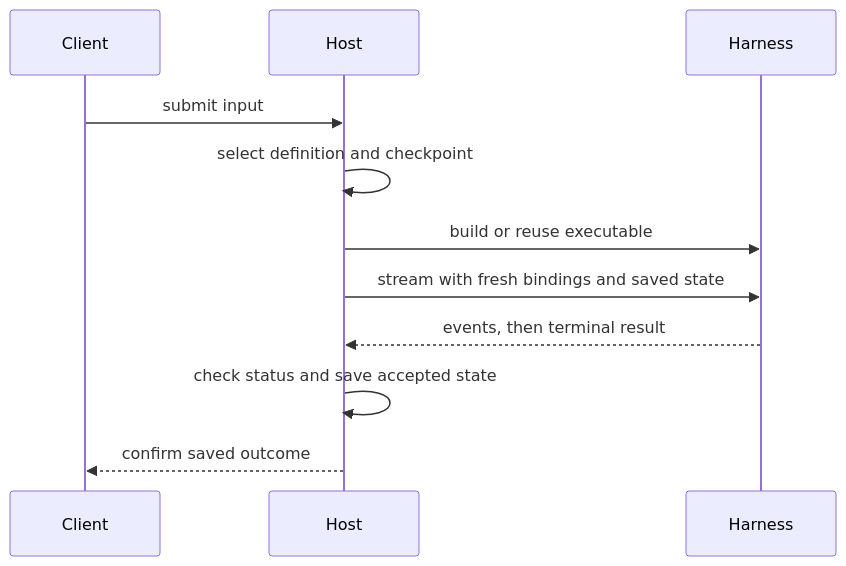
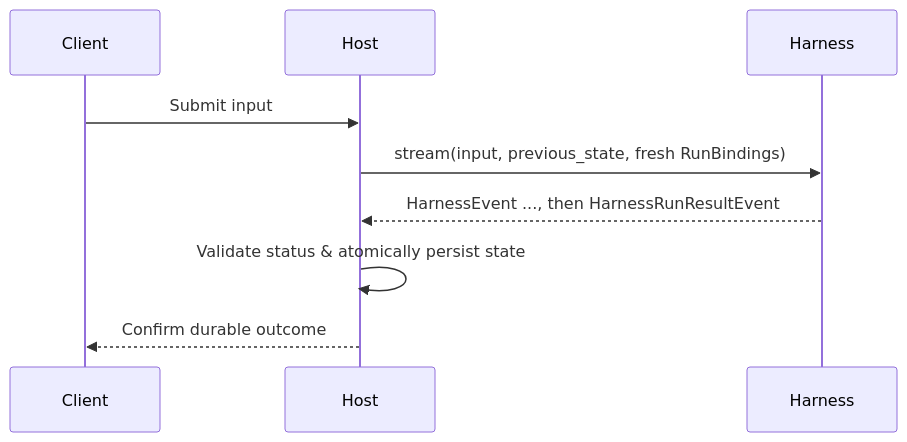
The diagram in docs/a13n-harness/hosting.md (converge-ai-labs/agent-foundation), drawn with Mermaid before and after one commit. The commit also changed other lines of this file and 105 other files, not shown here.

Commit message:
docs(guides): restructure bilingual guides around user workflows and verify schemas

````diff
--- a/docs/a13n-harness/hosting.md
+++ b/docs/a13n-harness/hosting.md
@@ -25,16 +8,11 @@
 ```mermaid
 sequenceDiagram
     participant Client
     participant Host
     participant Harness
-    Client->>Host: submit input
-    Host->>Host: select definition and checkpoint
-    Host->>Harness: build or reuse executable
-    Host->>Harness: stream with fresh bindings and saved state
-    Harness-->>Host: events, then terminal result
-    Host->>Host: check status and save accepted state
-    Host-->>Client: confirm saved outcome
-
-    %% class Client,Host app
-    %% class Harness a13n
+    Client->>Host: Submit input
+    Host->>Harness: stream(input, previous_state, fresh RunBindings)
+    Harness-->>Host: HarnessEvent ..., then HarnessRunResultEvent
+    Host->>Host: Validate status & atomically persist state
+    Host-->>Client: Confirm durable outcome
 ```
````
